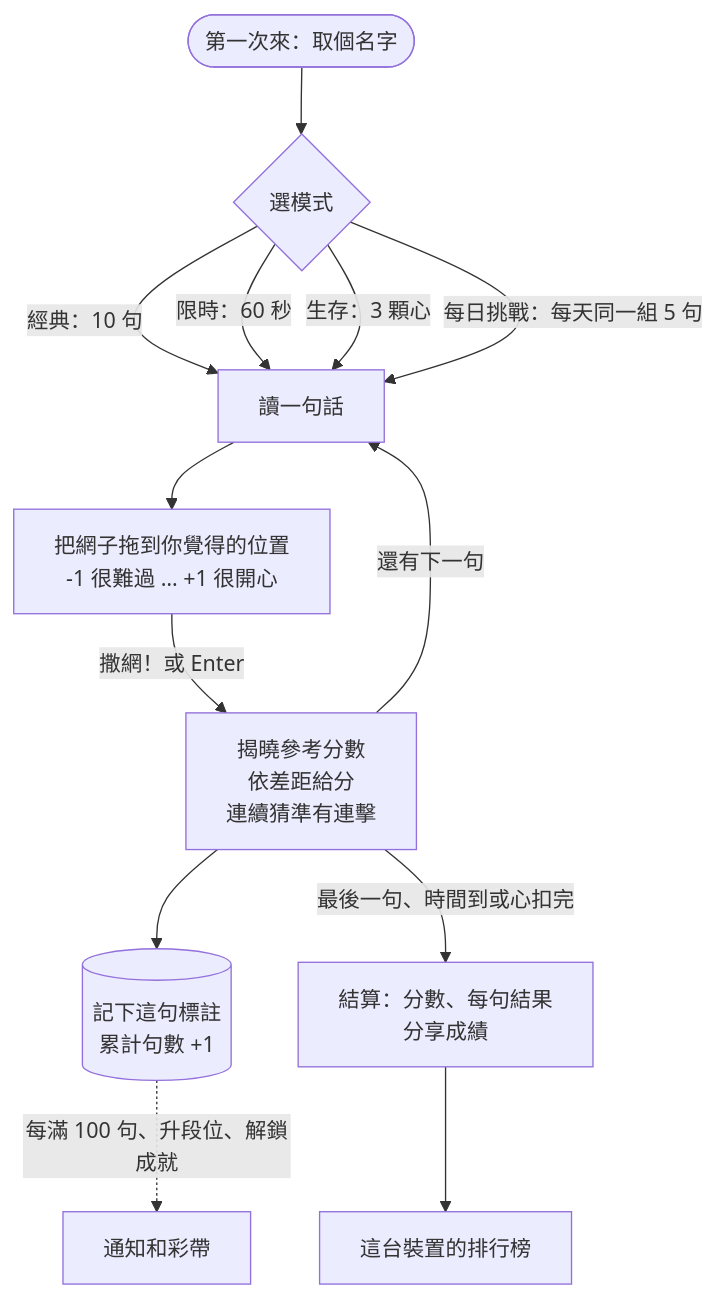
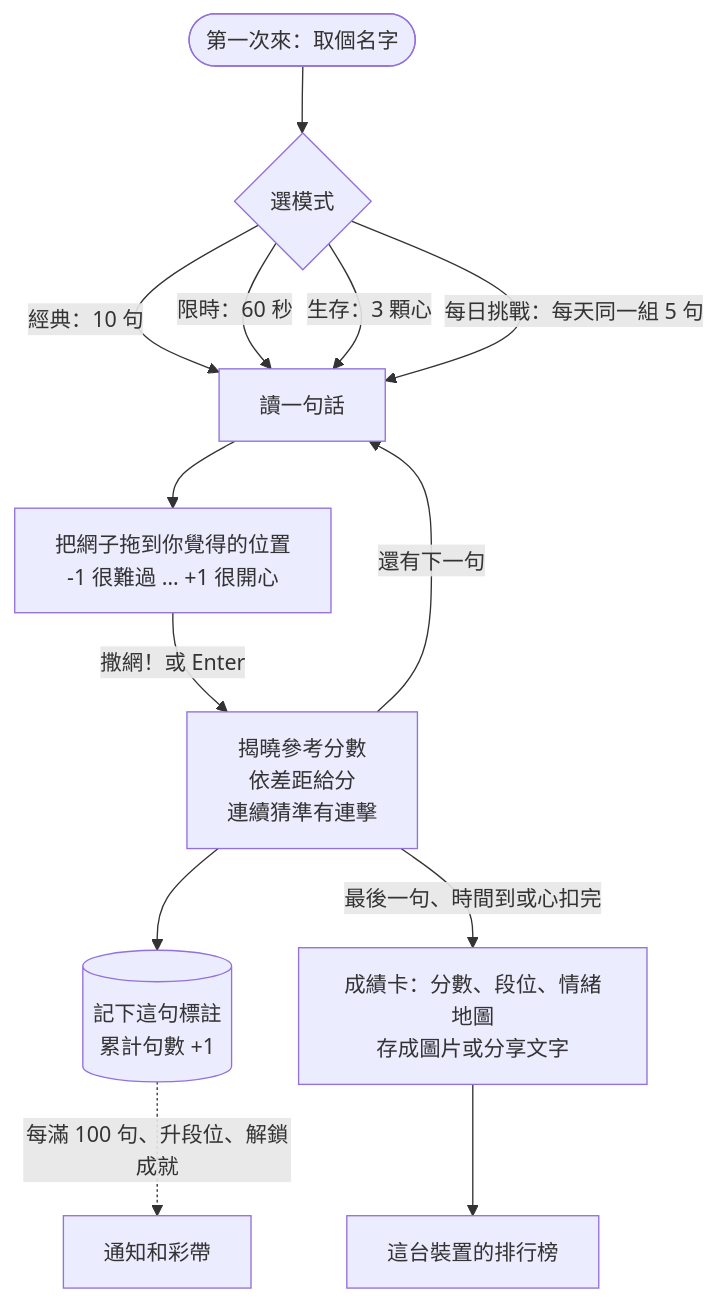
The diagram in README.md (NatLee/word-net-game), drawn with Mermaid before and after one commit. The commit also changed other lines of this file and 7 other files, not shown here.

````diff
--- a/README.md
+++ b/README.md
@@ -96,15 +102,15 @@
 ```mermaid
 flowchart TD
   start([第一次來：取個名字]) --> pick{選模式}
   pick -->|經典：10 句| read
   pick -->|限時：60 秒| read
   pick -->|生存：3 顆心| read
   pick -->|每日挑戰：每天同一組 5 句| read
   read[讀一句話] --> cast[把網子拖到你覺得的位置<br/>-1 很難過 … +1 很開心]
   cast -->|撒網！或 Enter| reveal[揭曉參考分數<br/>依差距給分<br/>連續猜準有連擊]
   reveal --> record[(記下這句標註<br/>累計句數 +1)]
   record -.->|每滿 100 句、升段位、解鎖成就| party[通知和彩帶]
   reveal -->|還有下一句| read
-  reveal -->|最後一句、時間到或心扣完| summary[結算：分數、每句結果<br/>分享成績]
+  reveal -->|最後一句、時間到或心扣完| summary[成績卡：分數、段位、情緒地圖<br/>存成圖片或分享文字]
   summary --> board[這台裝置的排行榜]
 ```
````
